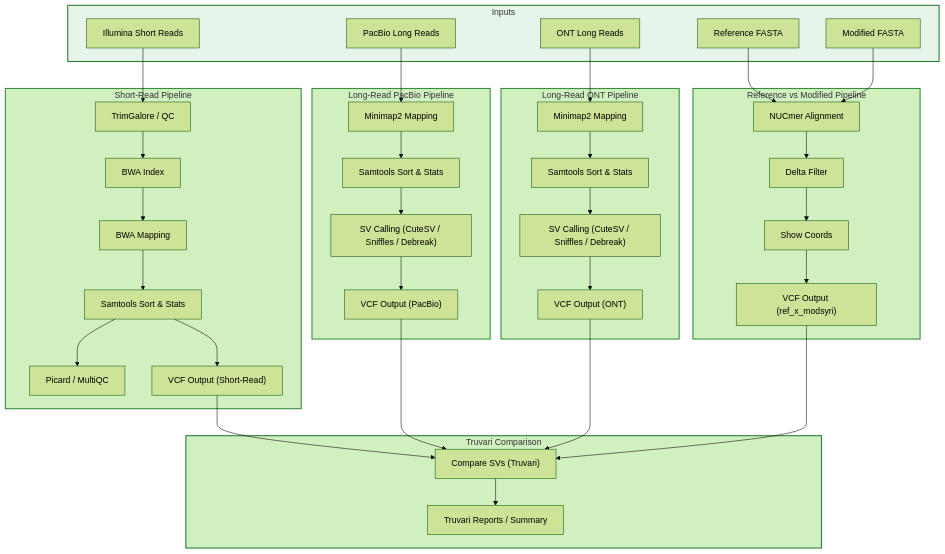
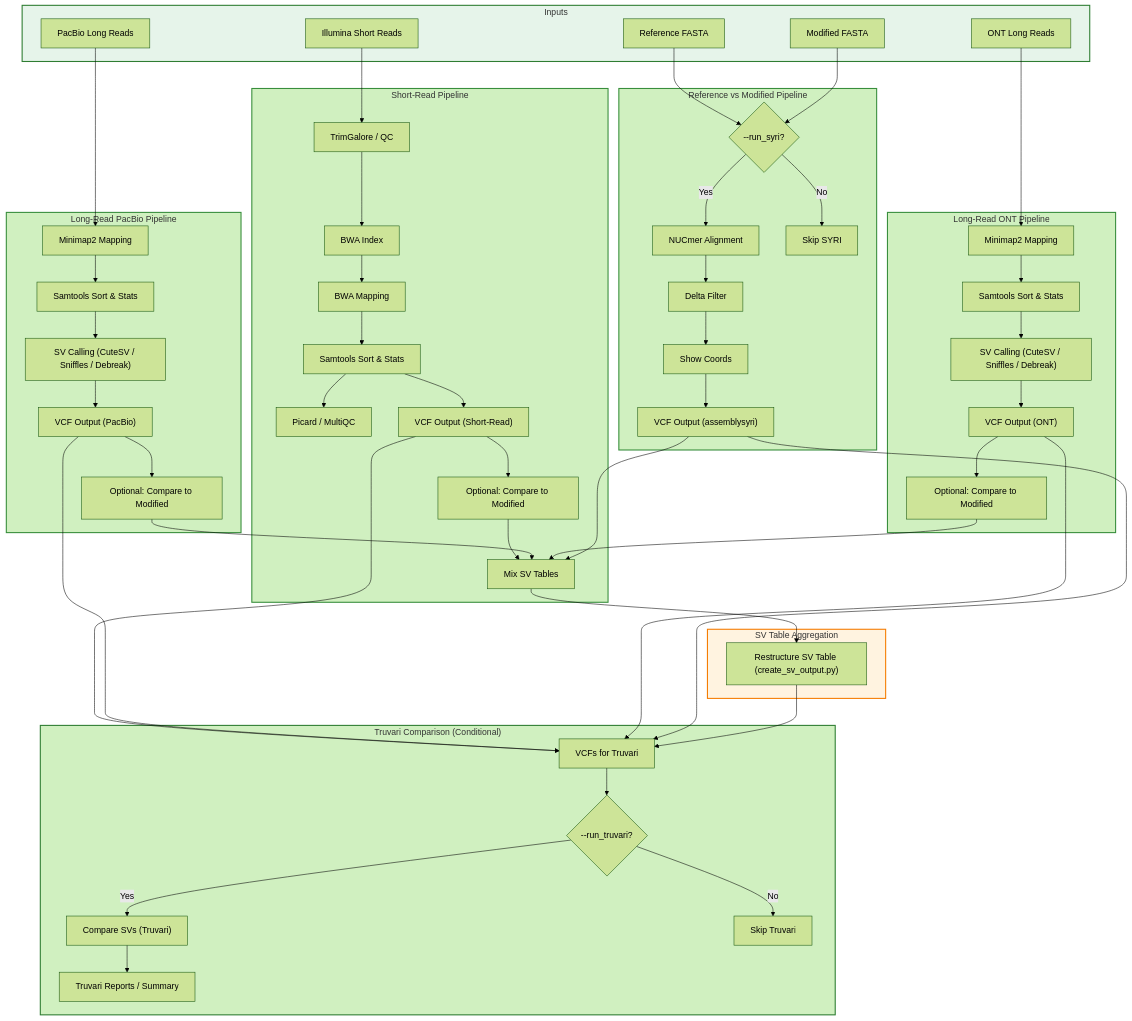
Before and after one commit to denisHanch/efsa_pipeline: the diagram in docs/nextflow/pipeline-visualization.md, drawn with Mermaid (forest theme). The commit also changed 7 other files, not shown here.

````diff
--- a/docs/nextflow/pipeline-visualization.md
+++ b/docs/nextflow/pipeline-visualization.md
@@ -5,61 +5,82 @@
 ```mermaid
 flowchart TD
     %% Inputs
     subgraph Inputs
         illumina["Illumina Short Reads"]
         pacbio["PacBio Long Reads"]
         ont["ONT Long Reads"]
         ref_fasta["Reference FASTA"]
         mod_fasta["Modified FASTA"]
     end
     style Inputs fill:#E6F4EA,stroke:#2E7D32,stroke-width:2px
 
     %% Short-read pipeline
     subgraph ShortReadPipeline["Short-Read Pipeline"]
         illumina --> trimgalore["TrimGalore / QC"]
         trimgalore --> bwa_index["BWA Index"]
         bwa_index --> bwa_map["BWA Mapping"]
         bwa_map --> samtools_sort["Samtools Sort & Stats"]
         samtools_sort --> picard["Picard / MultiQC"]
         samtools_sort --> sr_vcf["VCF Output (Short-Read)"]
+        sr_vcf --> short_mod["Optional: Compare to Modified"]
+        short_mod --> agg_tbl
     end
     style ShortReadPipeline fill:#D0F0C0,stroke:#388E3C,stroke-width:2px
 
     %% Long-read PacBio pipeline
     subgraph LongReadPacBio["Long-Read PacBio Pipeline"]
         pacbio --> minimap2_pb["Minimap2 Mapping"]
         minimap2_pb --> samtools_sort_pb["Samtools Sort & Stats"]
         samtools_sort_pb --> pb_sv["SV Calling (CuteSV / Sniffles / Debreak)"]
         pb_sv --> pb_vcf["VCF Output (PacBio)"]
+        pb_vcf --> long_mod_pb["Optional: Compare to Modified"]
+        long_mod_pb --> agg_tbl
     end
     style LongReadPacBio fill:#D0F0C0,stroke:#388E3C,stroke-width:2px
 
     %% Long-read ONT pipeline
     subgraph LongReadONT["Long-Read ONT Pipeline"]
         ont --> minimap2_ont["Minimap2 Mapping"]
         minimap2_ont --> samtools_sort_ont["Samtools Sort & Stats"]
         samtools_sort_ont --> ont_sv["SV Calling (CuteSV / Sniffles / Debreak)"]
         ont_sv --> ont_vcf["VCF Output (ONT)"]
+        ont_vcf --> long_mod_ont["Optional: Compare to Modified"]
+        long_mod_ont --> agg_tbl
     end
     style LongReadONT fill:#D0F0C0,stroke:#388E3C,stroke-width:2px
 
     %% Reference vs Modified pipeline
     subgraph RefVsMod["Reference vs Modified Pipeline"]
-        ref_fasta --> nucmer["NUCmer Alignment"]
-        mod_fasta --> nucmer
+        ref_fasta --> run_syri_decision{"--run_syri?"}
+        mod_fasta --> run_syri_decision
+        run_syri_decision -->|Yes| nucmer["NUCmer Alignment"]
+        run_syri_decision -->|No| skip_syri["Skip SYRI"]
         nucmer --> delta_filter["Delta Filter"]
         delta_filter --> show_coords["Show Coords"]
-        show_coords --> syri_vcf["VCF Output (ref_x_modsyri)"]
+        show_coords --> syri_vcf["VCF Output (assemblysyri)"]
+        syri_vcf --> agg_tbl
     end
     style RefVsMod fill:#D0F0C0,stroke:#388E3C,stroke-width:2px
 
-    %% Truvari comparison
-    subgraph Truvari["Truvari Comparison"]
-        sr_vcf --> truvari["Compare SVs (Truvari)"]
-        pb_vcf --> truvari
-        ont_vcf --> truvari
-        syri_vcf --> truvari
+    %% SV table aggregation (central)
+    subgraph SVTable["SV Table Aggregation"]
+        agg_tbl["Mix SV Tables"] --> restructure["Restructure SV Table (create_sv_output.py)"]
+    end
+    style SVTable fill:#FFF3E0,stroke:#F57C00,stroke-width:2px
+
+    %% Truvari comparison (central)
+    subgraph Truvari["Truvari Comparison (Conditional)"]
+        sr_vcf --> truvari_in["VCFs for Truvari"]
+        pb_vcf --> truvari_in
+        ont_vcf --> truvari_in
+        syri_vcf --> truvari_in
+        truvari_in --> check_truvari{"--run_truvari?"}
+        check_truvari -->|Yes| truvari["Compare SVs (Truvari)"]
+        check_truvari -->|No| skip_truvari["Skip Truvari"]
         truvari --> final_report["Truvari Reports / Summary"]
     end
     style Truvari fill:#D0F0C0,stroke:#2E7D32,stroke-width:2px
+
+    %% Central alignment
+    restructure --> truvari_in
 ```
````
